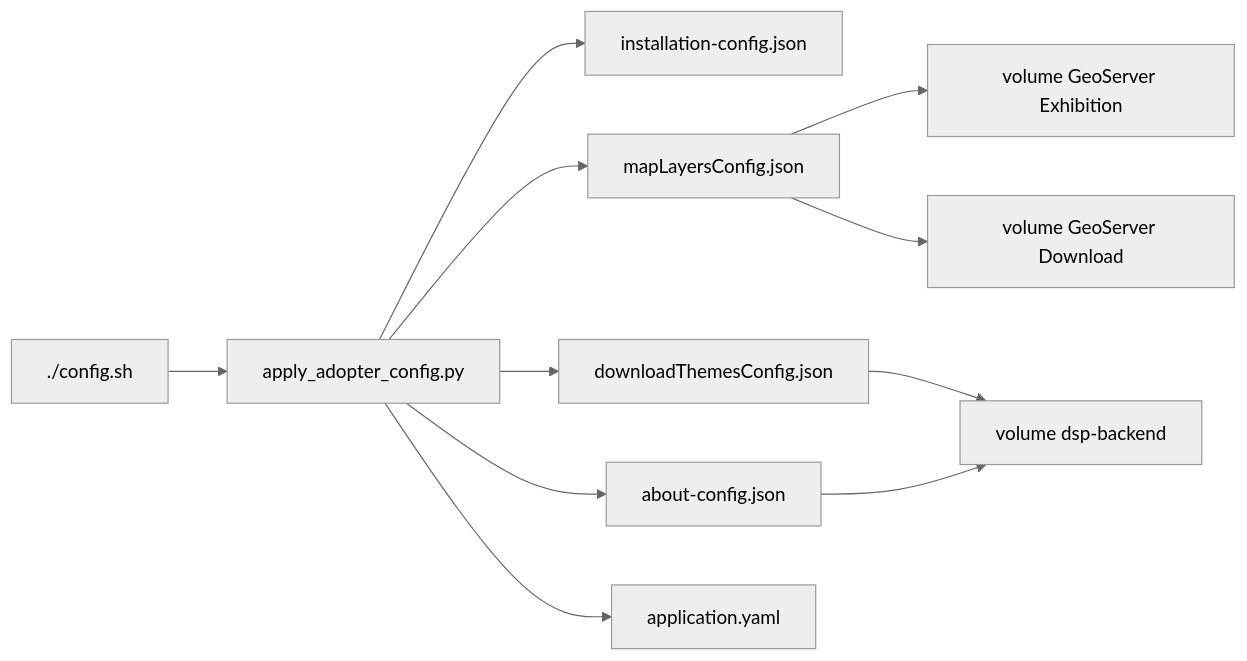
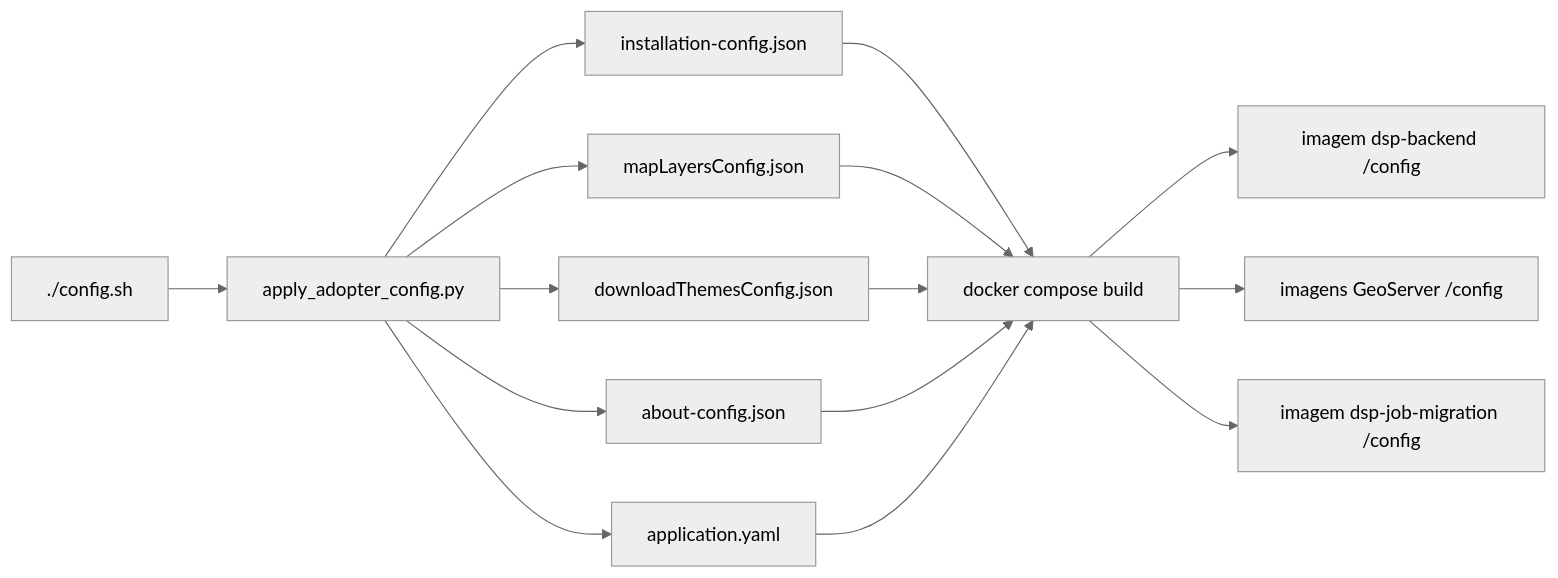
The third of 3 diagrams in docs/modules/core.md (kleber-albino/rer-dsp-docs), drawn with Mermaid (neutral theme) before and after one commit. The commit also changed other lines of this file and 2 other files, not shown here.

Commit message:
docs: describe config and init SQL as files copied into images

````diff
--- a/docs/modules/core.md
+++ b/docs/modules/core.md
@@ -190,13 +190,17 @@
 ```mermaid
 flowchart LR
   configSh["./config.sh"] --> apply["apply_adopter_config.py"]
   apply --> installJson["installation-config.json"]
   apply --> mapJson["mapLayersConfig.json"]
   apply --> downloadJson["downloadThemesConfig.json"]
   apply --> aboutJson["about-config.json"]
   apply --> appYaml["application.yaml"]
-  downloadJson --> backendVol["volume dsp-backend"]
-  aboutJson --> backendVol
-  mapJson --> geoserverExVol["volume GeoServer Exhibition"]
-  mapJson --> geoserverDlVol["volume GeoServer Download"]
+  installJson --> build["docker compose build"]
+  mapJson --> build
+  downloadJson --> build
+  aboutJson --> build
+  appYaml --> build
+  build --> backendImg["imagem dsp-backend /config"]
+  build --> geoserverImg["imagens GeoServer /config"]
+  build --> jobImg["imagem dsp-job-migration /config"]
 ```
````
